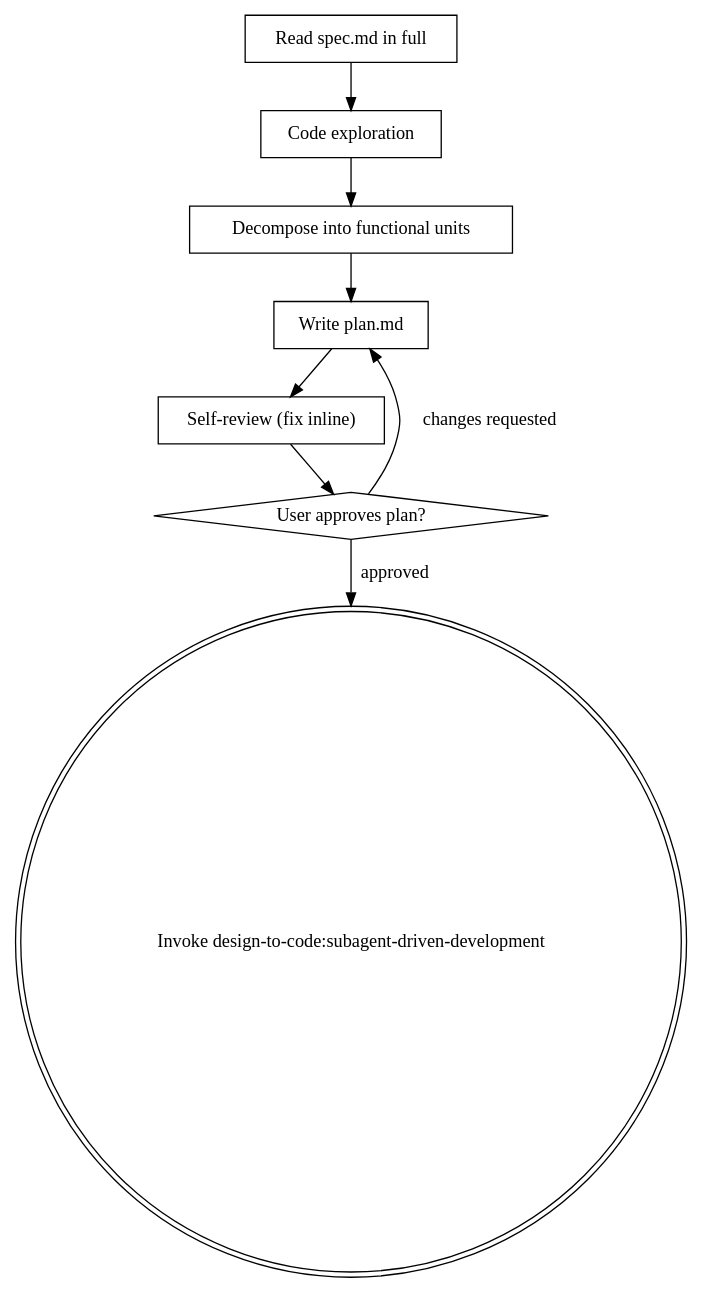
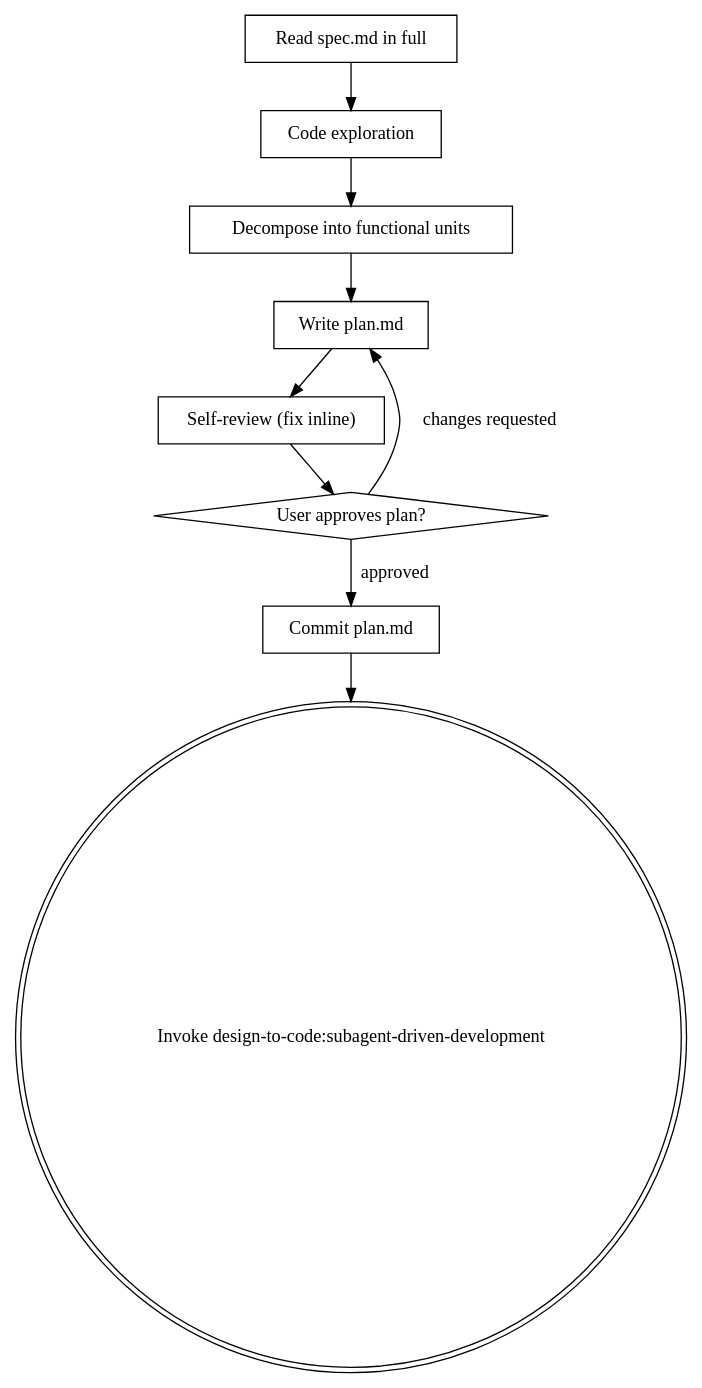
Before and after one commit to zhangtianwei1998/design-to-code: the diagram in skills/writing-plans/SKILL.md, drawn with Graphviz. The commit also changed other lines of this file and 1 other file, not shown here.

First line of the commit message:
feat(skills): commit spec.md and plan.md before proceeding to next stage

````diff
--- a/skills/writing-plans/SKILL.md
+++ b/skills/writing-plans/SKILL.md
@@ -117,19 +118,21 @@
 ```dot
 digraph writing_plans {
     "Read spec.md in full" [shape=box];
     "Code exploration" [shape=box];
     "Decompose into functional units" [shape=box];
     "Write plan.md" [shape=box];
     "Self-review (fix inline)" [shape=box];
     "User approves plan?" [shape=diamond];
+    "Commit plan.md" [shape=box];
     "Invoke design-to-code:subagent-driven-development" [shape=doublecircle];
 
     "Read spec.md in full" -> "Code exploration";
     "Code exploration" -> "Decompose into functional units";
     "Decompose into functional units" -> "Write plan.md";
     "Write plan.md" -> "Self-review (fix inline)";
     "Self-review (fix inline)" -> "User approves plan?";
     "User approves plan?" -> "Write plan.md" [label="changes requested"];
-    "User approves plan?" -> "Invoke design-to-code:subagent-driven-development" [label="approved"];
+    "User approves plan?" -> "Commit plan.md" [label="approved"];
+    "Commit plan.md" -> "Invoke design-to-code:subagent-driven-development";
 }
 ```
````
